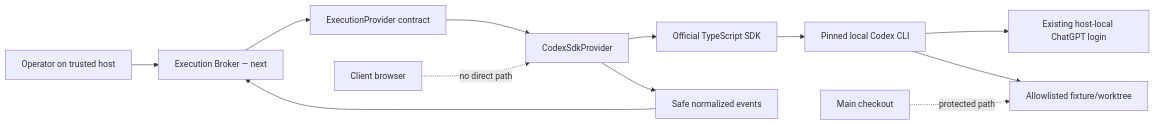
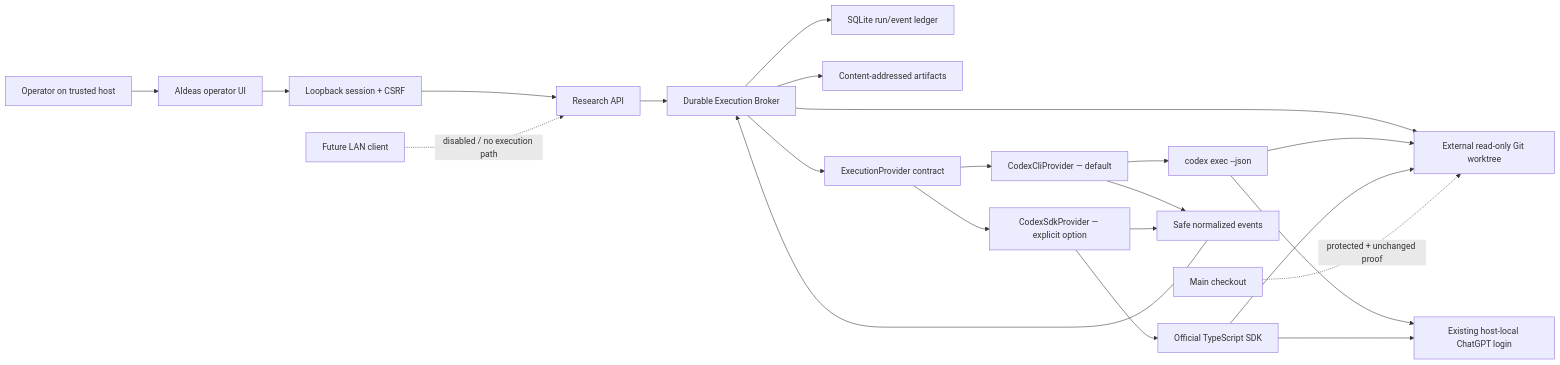
One commit to Mr-Span/AIdeas changed the diagram in docs/AI003_ARCHITECTURE_PACKET.md. Above: the diagram before and after it, drawn with Mermaid. The commit also changed other lines of this file and 36 other files, not shown here.

Commit message:
Complete Codex research execution loop

````diff
--- a/docs/AI003_ARCHITECTURE_PACKET.md
+++ b/docs/AI003_ARCHITECTURE_PACKET.md
@@ -42,15 +41,25 @@
 ```mermaid
 flowchart LR
-  Operator["Operator on trusted host"] --> Broker["Execution Broker — next"]
+  Operator["Operator on trusted host"] --> UI["AIdeas operator UI"]
+  UI --> Session["Loopback session + CSRF"]
+  Session --> API["Research API"]
+  API --> Broker["Durable Execution Broker"]
+  Broker --> SQLite["SQLite run/event ledger"]
+  Broker --> Artifacts["Content-addressed artifacts"]
+  Broker --> Worktree["External read-only Git worktree"]
   Broker --> Contract["ExecutionProvider contract"]
-  Contract --> Adapter["CodexSdkProvider"]
-  Adapter --> SDK["Official TypeScript SDK"]
-  SDK --> CLI["Pinned local Codex CLI"]
+  Contract --> CLIAdapter["CodexCliProvider — default"]
+  Contract --> SDKAdapter["CodexSdkProvider — explicit option"]
+  CLIAdapter --> CLI["codex exec --json"]
+  SDKAdapter --> SDK["Official TypeScript SDK"]
   CLI --> Auth["Existing host-local ChatGPT login"]
-  CLI --> Fixture["Allowlisted fixture/worktree"]
-  Adapter --> Events["Safe normalized events"]
+  SDK --> Auth
+  CLI --> Worktree
+  SDK --> Worktree
+  CLIAdapter --> Events["Safe normalized events"]
+  SDKAdapter --> Events
   Events --> Broker
 
-  Client["Client browser"] -. "no direct path" .-> Adapter
-  Main["Main checkout"] -. "protected path" .-> Fixture
+  Client["Future LAN client"] -. "disabled / no execution path" .-> API
+  Main["Main checkout"] -. "protected + unchanged proof" .-> Worktree
 ```
````
